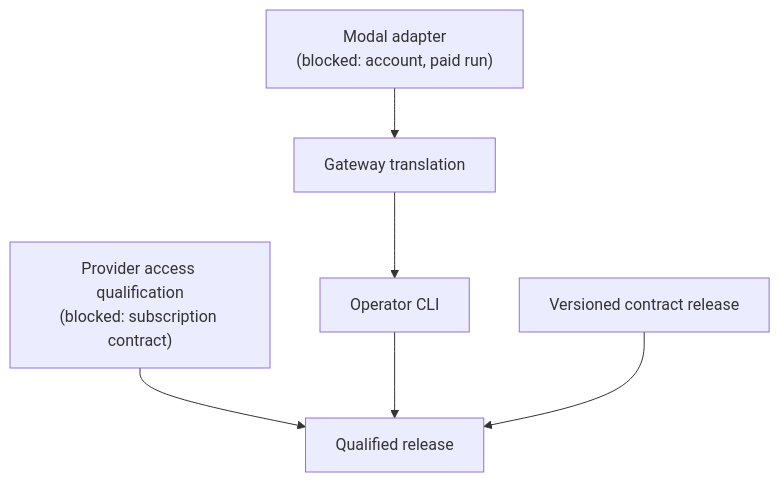
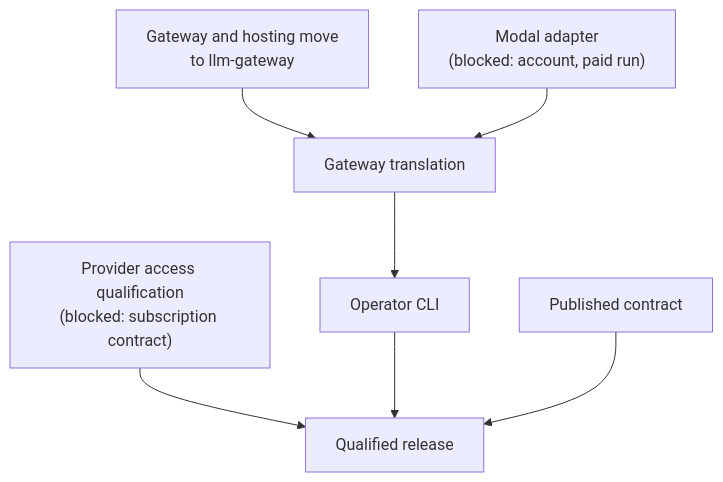
The diagram in website/docs/status/roadmap.md (beyond10x/llm), drawn with Mermaid before and after one commit. The commit also changed other lines of this file and 56 other files, not shown here.

````diff
--- a/website/docs/status/roadmap.md
+++ b/website/docs/status/roadmap.md
@@ -42,8 +45,9 @@
 ```mermaid
 flowchart TD
-  M["Modal adapter<br/>(blocked: account, paid run)"] --> T["Gateway translation"]
+  S["Gateway and hosting move<br/>to llm-gateway"] --> T["Gateway translation"]
+  M["Modal adapter<br/>(blocked: account, paid run)"] --> T
   T --> C["Operator CLI"]
   A["Provider access qualification<br/>(blocked: subscription contract)"] --> Q["Qualified release"]
   C --> Q
-  R["Versioned contract release"] --> Q
+  R["Published contract"] --> Q
 ```
````
